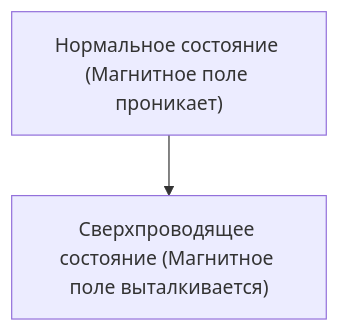
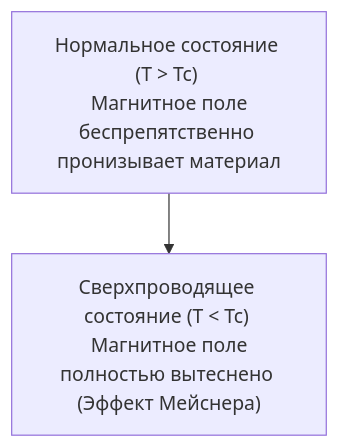
The diagram in content/post/physics-superconductivity/index.ru.md (kenjinote/blog), drawn with Mermaid before and after one commit. The commit also changed other lines of this file and 219 other files, not shown here.

````diff
--- a/content/post/physics-superconductivity/index.ru.md
+++ b/content/post/physics-superconductivity/index.ru.md
@@ -17,4 +32,4 @@
 ```mermaid
 flowchart TD
-    A["Нормальное состояние (Магнитное поле проникает)"] --> B["Сверхпроводящее состояние (Магнитное поле выталкивается)"]
+    A["Нормальное состояние (T > Tc) \n Магнитное поле беспрепятственно пронизывает материал"] --> B["Сверхпроводящее состояние (T < Tc) \n Магнитное поле полностью вытеснено (Эффект Мейснера)"]
 ```
````
